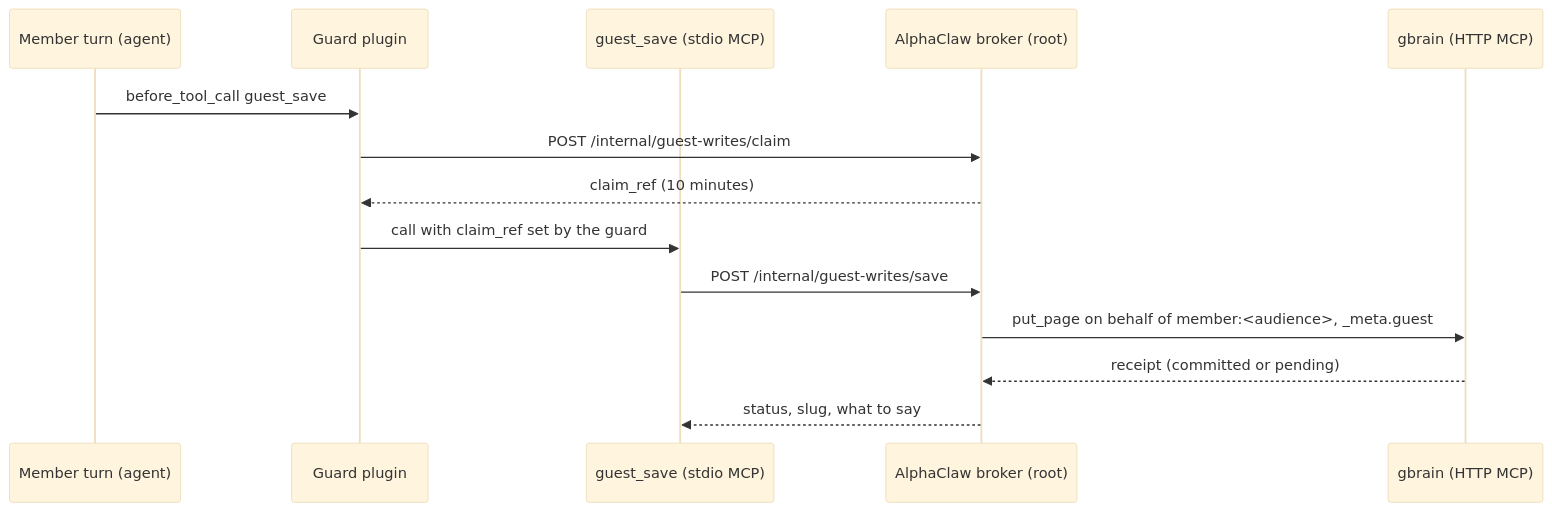
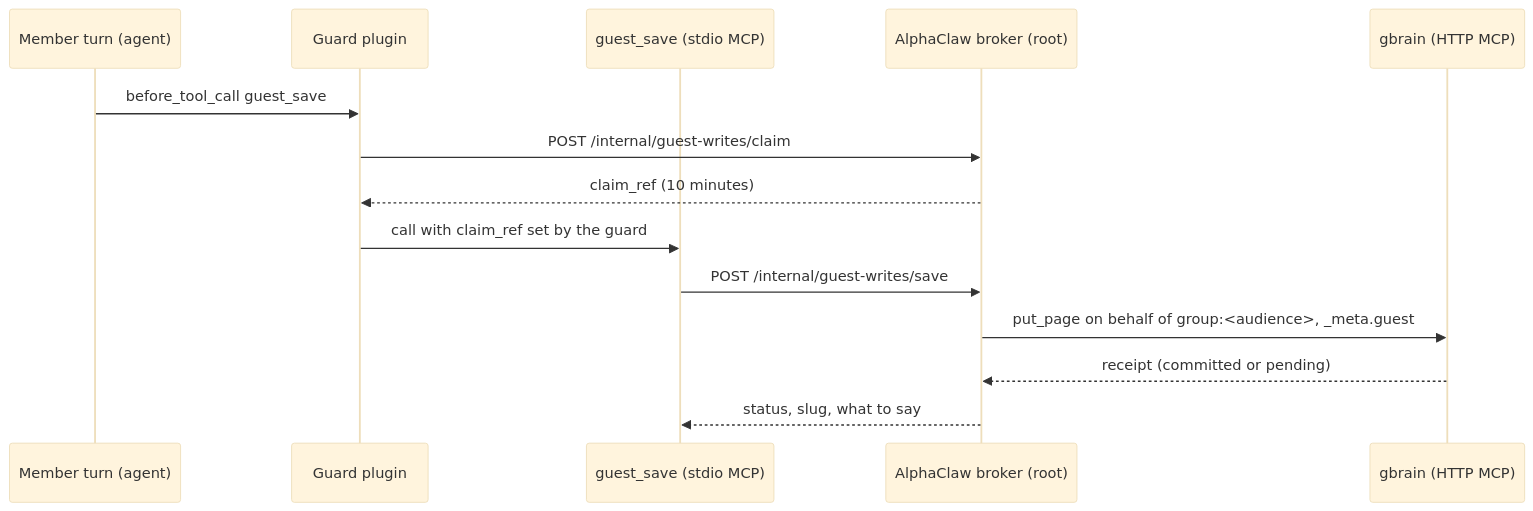
One commit to garrytan/alphaclaw changed the diagram in docs/designs/guest-notes.md. Above: the diagram before and after it, drawn with Mermaid (base theme). The commit also changed other lines of this file and 8 other files, not shown here.

First line of the commit message:
Let guest notes name their readers as a gbrain group, not a member (GST-2662)

````diff
--- a/docs/designs/guest-notes.md
+++ b/docs/designs/guest-notes.md
@@ -11,16 +11,16 @@
 ```mermaid
 sequenceDiagram
   participant M as Member turn (agent)
   participant G as Guard plugin
   participant T as guest_save (stdio MCP)
   participant B as AlphaClaw broker (root)
   participant K as gbrain (HTTP MCP)
   M->>G: before_tool_call guest_save
   G->>B: POST /internal/guest-writes/claim
   B-->>G: claim_ref (10 minutes)
   G->>T: call with claim_ref set by the guard
   T->>B: POST /internal/guest-writes/save
-  B->>K: put_page on behalf of member:<audience>, _meta.guest
+  B->>K: put_page on behalf of group:<audience>, _meta.guest
   K-->>B: receipt (committed or pending)
   B-->>T: status, slug, what to say
 ```
````
